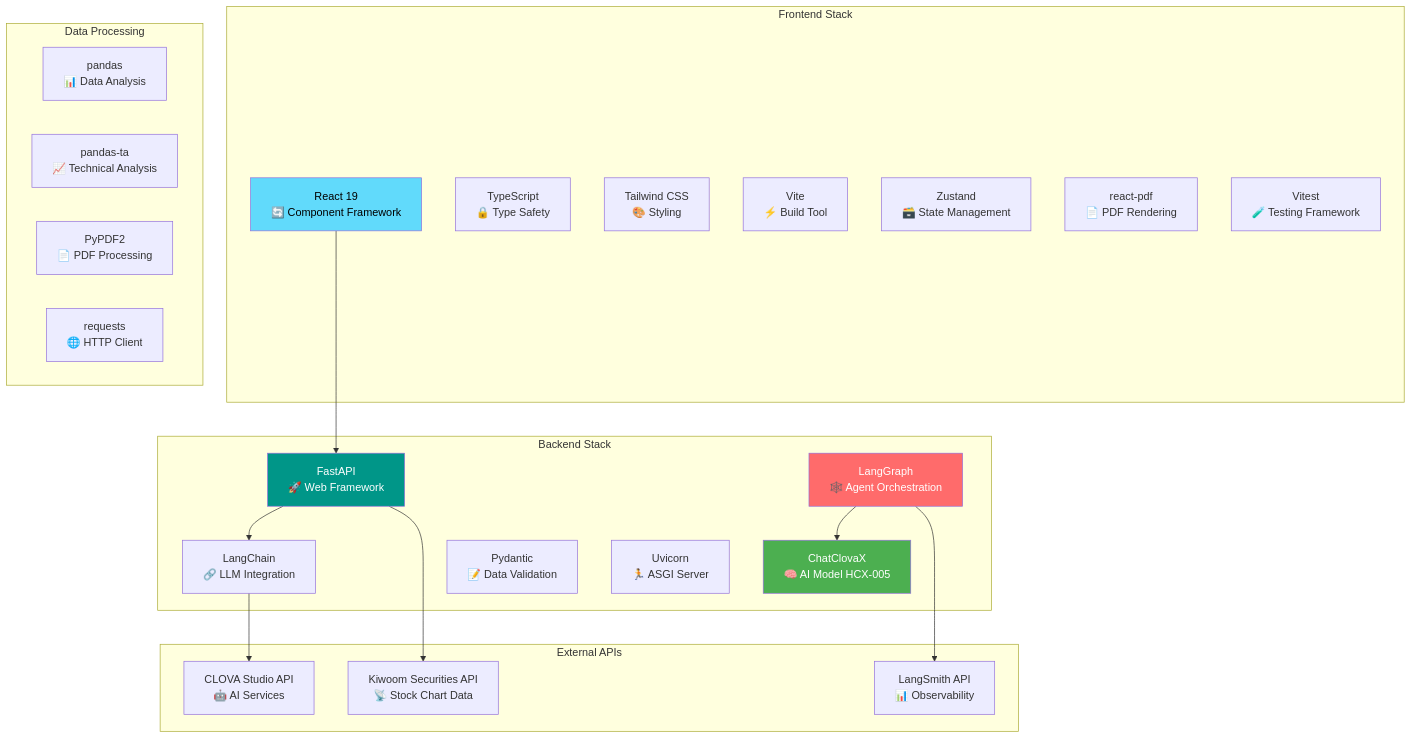
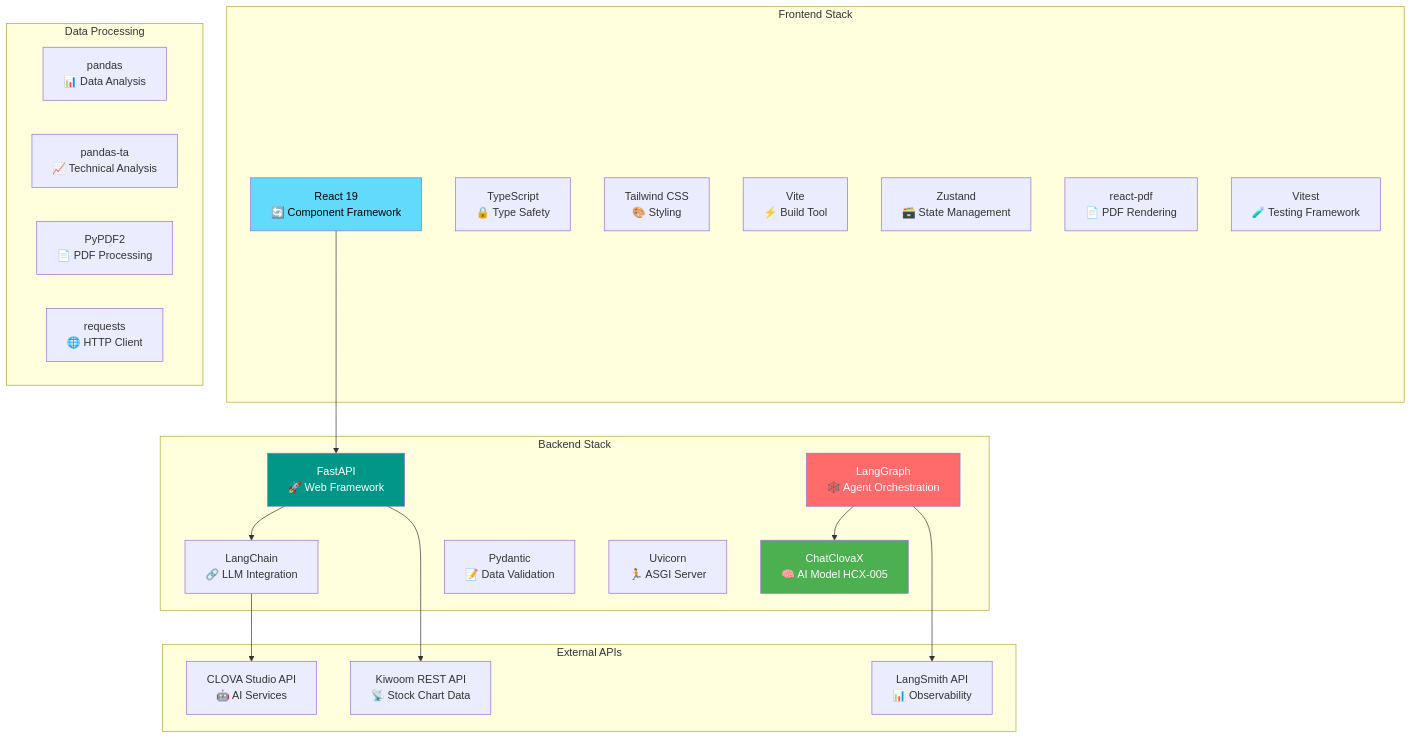
Before and after one commit to yuujinnn/Stockreport-reader: the tenth of 12 diagrams in backend/MULTI_AGENT_SYSTEM_DOCUMENTATION.md, drawn with Mermaid. The commit also changed other lines of this file and 16 other files, not shown here.

````diff
--- a/backend/MULTI_AGENT_SYSTEM_DOCUMENTATION.md
+++ b/backend/MULTI_AGENT_SYSTEM_DOCUMENTATION.md
@@ -473,46 +473,46 @@
 ```mermaid
 graph TB
     subgraph "Frontend Stack"
         React[React 19<br/>🔄 Component Framework]
         TS[TypeScript<br/>🔒 Type Safety]
         Tailwind[Tailwind CSS<br/>🎨 Styling]
         Vite[Vite<br/>⚡ Build Tool]
         Zustand[Zustand<br/>🗃️ State Management]
         ReactPDF[react-pdf<br/>📄 PDF Rendering]
         Vitest[Vitest<br/>🧪 Testing Framework]
     end
     
     subgraph "Backend Stack"
         FastAPI[FastAPI<br/>🚀 Web Framework]
         LangGraph[LangGraph<br/>🕸️ Agent Orchestration]
         LangChain[LangChain<br/>🔗 LLM Integration]
         ChatClovaX[ChatClovaX<br/>🧠 AI Model HCX-005]
         Pydantic[Pydantic<br/>📝 Data Validation]
         Uvicorn[Uvicorn<br/>🏃 ASGI Server]
     end
     
     subgraph "Data Processing"
         Pandas[pandas<br/>📊 Data Analysis]
         PandasTA[pandas-ta<br/>📈 Technical Analysis]
         PyPDF2[PyPDF2<br/>📄 PDF Processing]
         Requests[requests<br/>🌐 HTTP Client]
     end
     
     subgraph "External APIs"
-        KiwoomAPI[Kiwoom Securities API<br/>📡 Stock Chart Data]
+        KiwoomAPI[Kiwoom REST API<br/>📡 Stock Chart Data]
         ClovaStudio[CLOVA Studio API<br/>🤖 AI Services]
         LangSmithAPI[LangSmith API<br/>📊 Observability]
     end
     
     React --> FastAPI
     LangGraph --> ChatClovaX
     FastAPI --> LangChain
     LangChain --> ClovaStudio
     FastAPI --> KiwoomAPI
     LangGraph --> LangSmithAPI
     
     style React fill:#61dafb,color:#000
     style FastAPI fill:#009688,color:#fff
     style LangGraph fill:#ff6b6b,color:#fff
     style ChatClovaX fill:#4caf50,color:#fff
 ```
````
